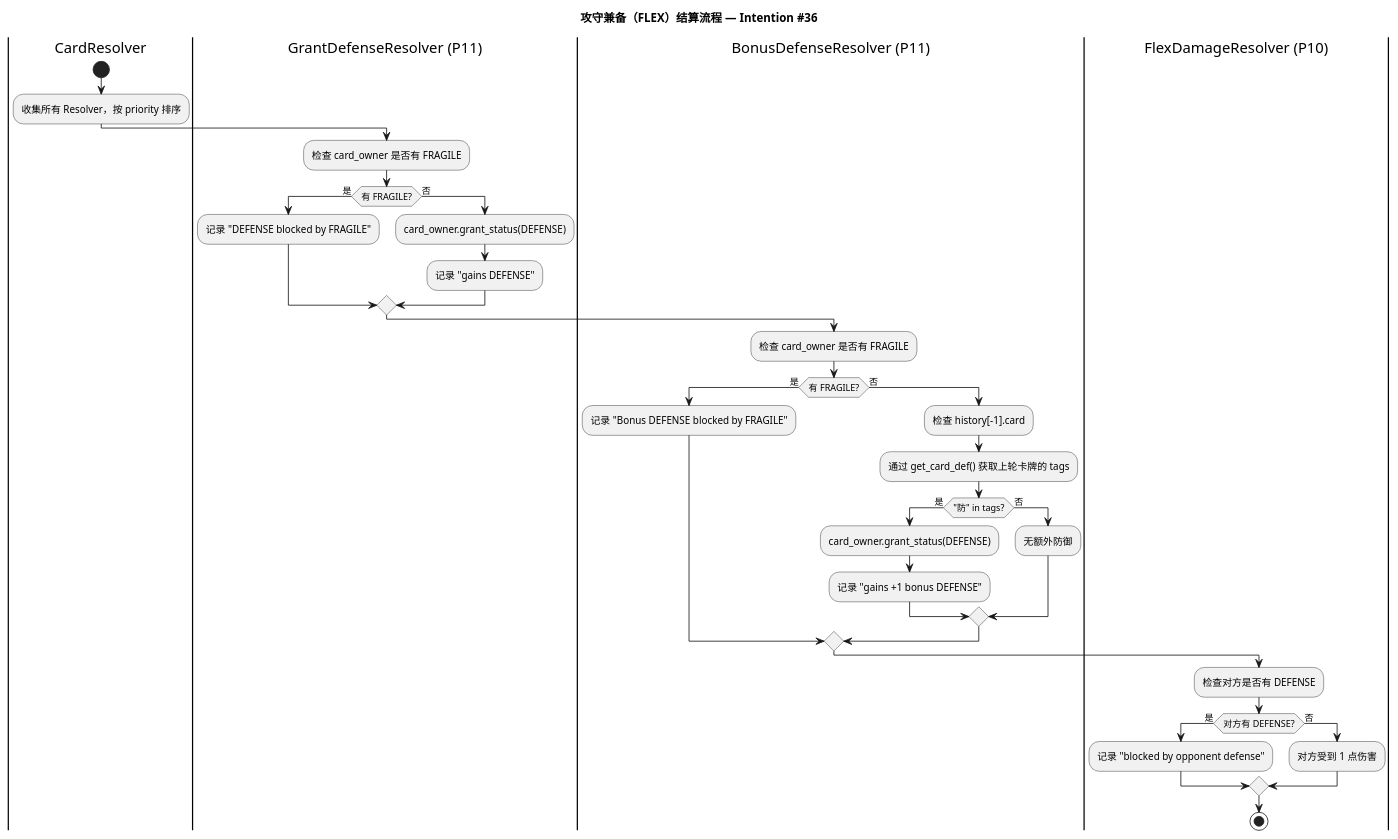
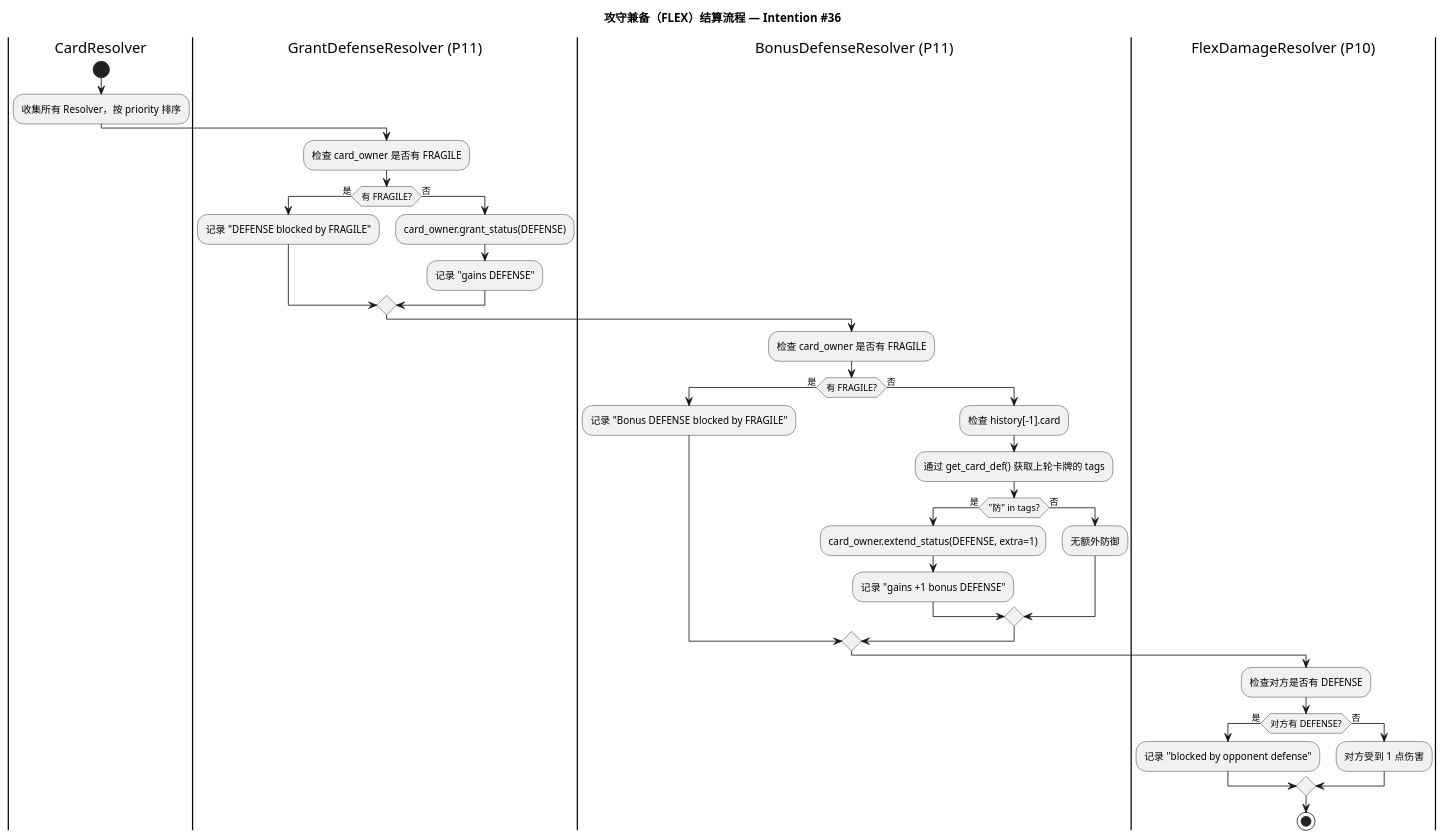
One commit to nanhao/custom-card changed the diagram in design/36/main_docs/diagrams/flex_flow.puml. Above: the diagram before and after it, drawn with PlantUML. The commit also changed 4 other files, not shown here.

First line of the commit message:
fix(intention36): review fixes - BonusDefense uses extend_status, GrantGuard uses tags

```diff
--- a/design/36/main_docs/diagrams/flex_flow.puml
+++ b/design/36/main_docs/diagrams/flex_flow.puml
@@ -1,45 +1,45 @@
 @startuml flex_flow
 skinparam defaultFontName Microsoft YaHei
 skinparam activityFontName Microsoft YaHei
 
 title 攻守兼备（FLEX）结算流程 — Intention #36
 
 |CardResolver|
 start
 :收集所有 Resolver，按 priority 排序;
 
 |GrantDefenseResolver (P11)|
 :检查 card_owner 是否有 FRAGILE;
 if (有 FRAGILE?) then (是)
     :记录 "DEFENSE blocked by FRAGILE";
 else (否)
     :card_owner.grant_status(DEFENSE);
     :记录 "gains DEFENSE";
 endif
 
 |BonusDefenseResolver (P11)|
 :检查 card_owner 是否有 FRAGILE;
 if (有 FRAGILE?) then (是)
     :记录 "Bonus DEFENSE blocked by FRAGILE";
 else (否)
     :检查 history[-1].card;
     :通过 get_card_def() 获取上轮卡牌的 tags;
     if ("防" in tags?) then (是)
-        :card_owner.grant_status(DEFENSE);
+        :card_owner.extend_status(DEFENSE, extra=1);
         :记录 "gains +1 bonus DEFENSE";
     else (否)
         :无额外防御;
     endif
 endif
 
 |FlexDamageResolver (P10)|
 :检查对方是否有 DEFENSE;
 if (对方有 DEFENSE?) then (是)
     :记录 "blocked by opponent defense";
 else (否)
     :对方受到 1 点伤害;
 endif
 
 stop
 
 @enduml
```
